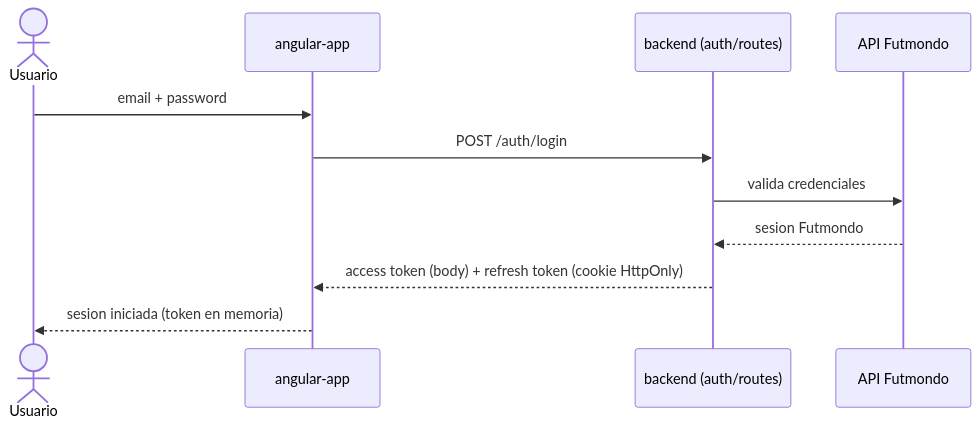
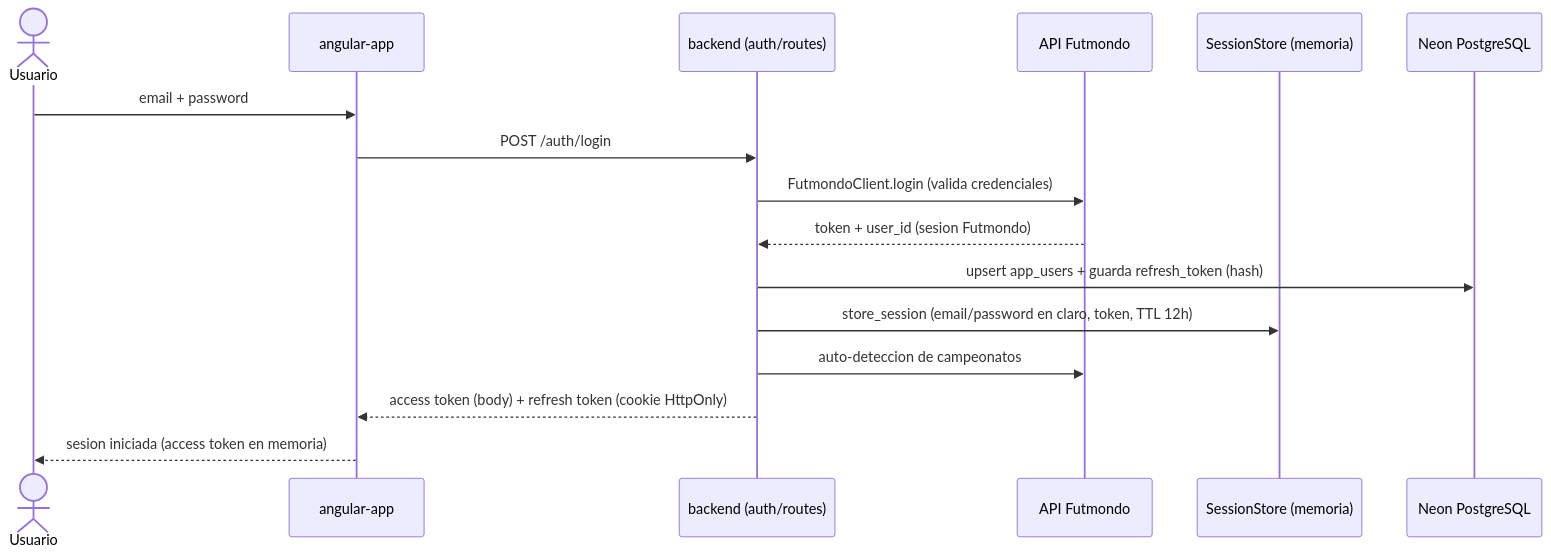
The third of 5 diagrams in aidlc/spaces/default/codekb/futmondo-analytics/architecture.md (Mutinho/futmondo-analytics), drawn with Mermaid before and after one commit. The commit also changed other lines of this file and 56 other files, not shown here.

````diff
--- a/aidlc/spaces/default/codekb/futmondo-analytics/architecture.md
+++ b/aidlc/spaces/default/codekb/futmondo-analytics/architecture.md
@@ -57,13 +98,18 @@
 ```mermaid
 sequenceDiagram
   actor U as Usuario
   participant FE as angular-app
   participant BE as backend (auth/routes)
   participant FM as API Futmondo
+  participant SS as SessionStore (memoria)
+  participant DB as Neon PostgreSQL
   U->>FE: email + password
   FE->>BE: POST /auth/login
-  BE->>FM: valida credenciales
-  FM-->>BE: sesion Futmondo
+  BE->>FM: FutmondoClient.login (valida credenciales)
+  FM-->>BE: token + user_id (sesion Futmondo)
+  BE->>DB: upsert app_users + guarda refresh_token (hash)
+  BE->>SS: store_session (email/password en claro, token, TTL 12h)
+  BE->>FM: auto-deteccion de campeonatos
   BE-->>FE: access token (body) + refresh token (cookie HttpOnly)
-  FE-->>U: sesion iniciada (token en memoria)
+  FE-->>U: sesion iniciada (access token en memoria)
 ```
````
